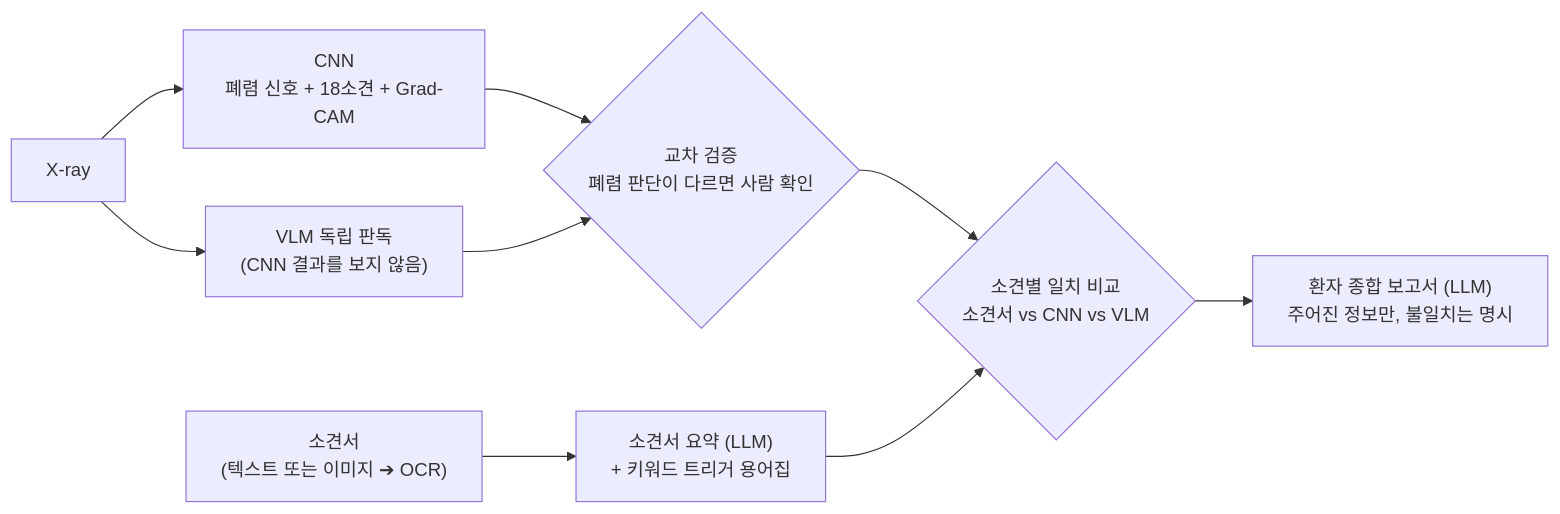
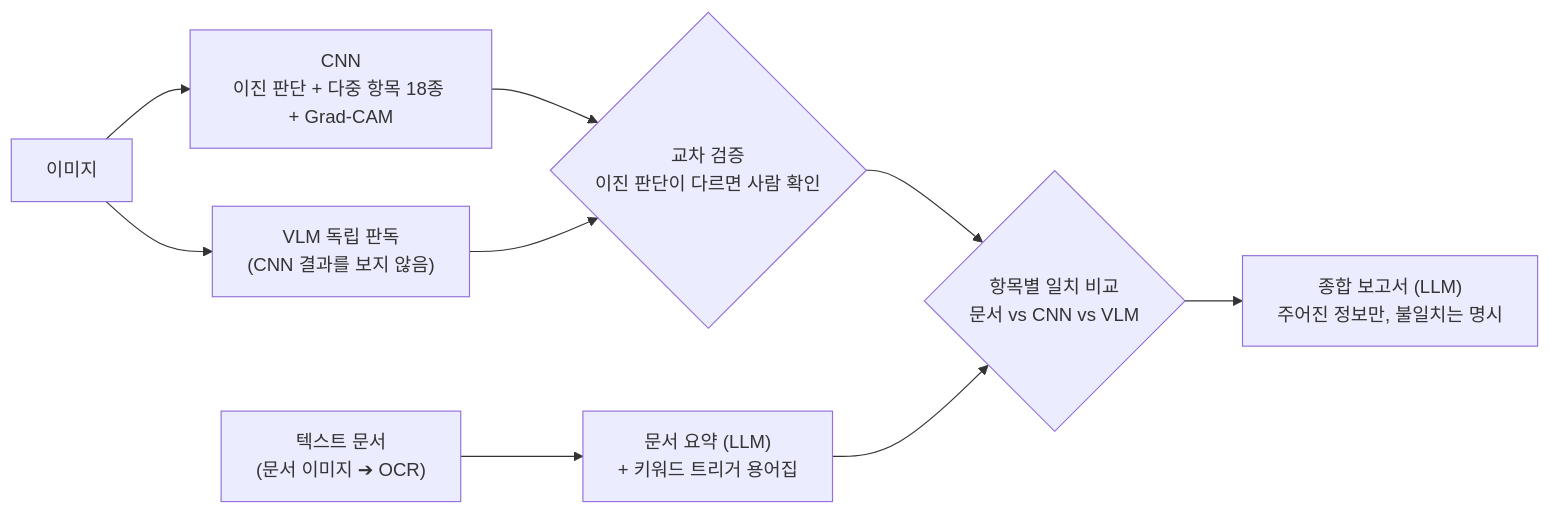
The third of 3 diagrams in docs/architecture.md (calm-sea-psy/llm-playground-classifier), drawn with Mermaid before and after one commit. The commit also changed other lines of this file and 25 other files, not shown here.

Commit message:
exe 1단계: 처리 흐름(추출 · 검증 · VLM 폴백 · 최종 선택)을 Engine DocumentProcessor 로, 추출 문장 선택(IPromptSource), OCR 줄 순서 팩별 선택(영수증 top · 이력서 center), 이미지 축소 · 모델 내리기 Engine 으로. KORIE 150 · 이력서 보류 16 재측정 결과 동일

````diff
--- a/docs/architecture.md
+++ b/docs/architecture.md
@@ -73,11 +73,11 @@
 ```mermaid
 flowchart LR
-    Xray["X-ray"] --> CnnStep["CNN<br/>폐렴 신호 + 18소견 + Grad-CAM"]
+    Xray["이미지"] --> CnnStep["CNN<br/>이진 판단 + 다중 항목 18종 + Grad-CAM"]
     Xray --> VlmStep["VLM 독립 판독<br/>(CNN 결과를 보지 않음)"]
-    CnnStep --> Cross{"교차 검증<br/>폐렴 판단이 다르면 사람 확인"}
+    CnnStep --> Cross{"교차 검증<br/>이진 판단이 다르면 사람 확인"}
     VlmStep --> Cross
-    Report["소견서<br/>(텍스트 또는 이미지 ➔ OCR)"] --> Summary["소견서 요약 (LLM)<br/>+ 키워드 트리거 용어집"]
-    Cross --> Compare{"소견별 일치 비교<br/>소견서 vs CNN vs VLM"}
+    Report["텍스트 문서<br/>(문서 이미지 ➔ OCR)"] --> Summary["문서 요약 (LLM)<br/>+ 키워드 트리거 용어집"]
+    Cross --> Compare{"항목별 일치 비교<br/>문서 vs CNN vs VLM"}
     Summary --> Compare
-    Compare --> Final["환자 종합 보고서 (LLM)<br/>주어진 정보만, 불일치는 명시"]
+    Compare --> Final["종합 보고서 (LLM)<br/>주어진 정보만, 불일치는 명시"]
 ```
````
